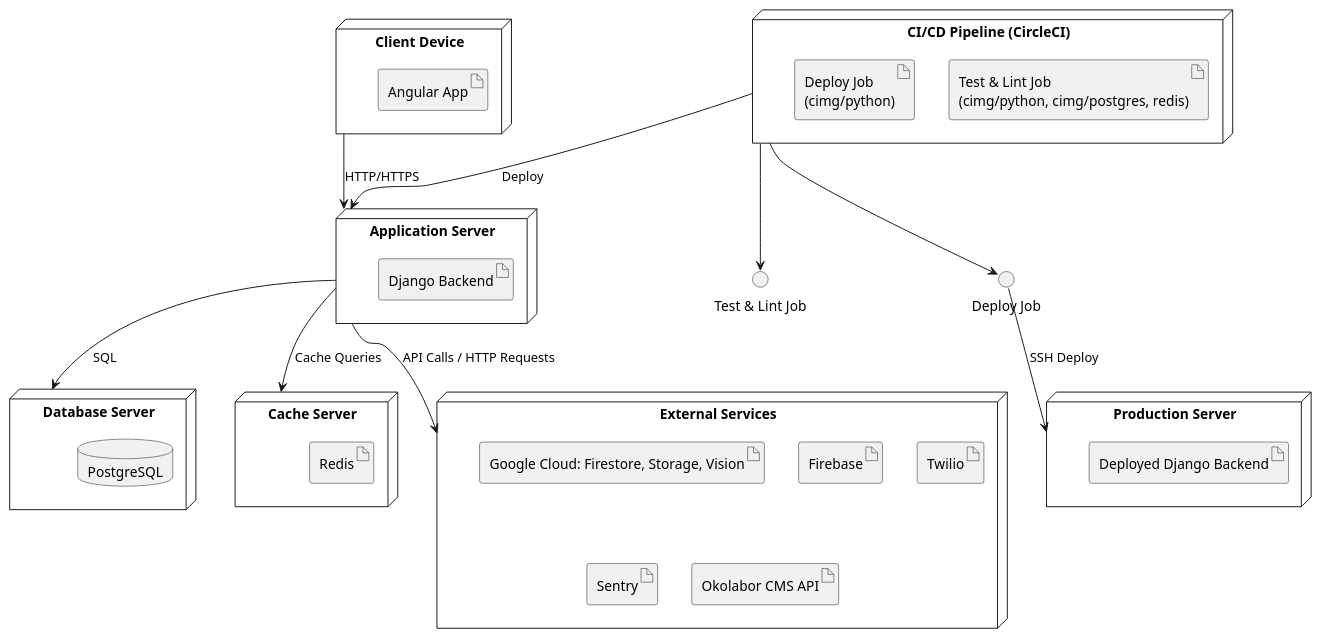
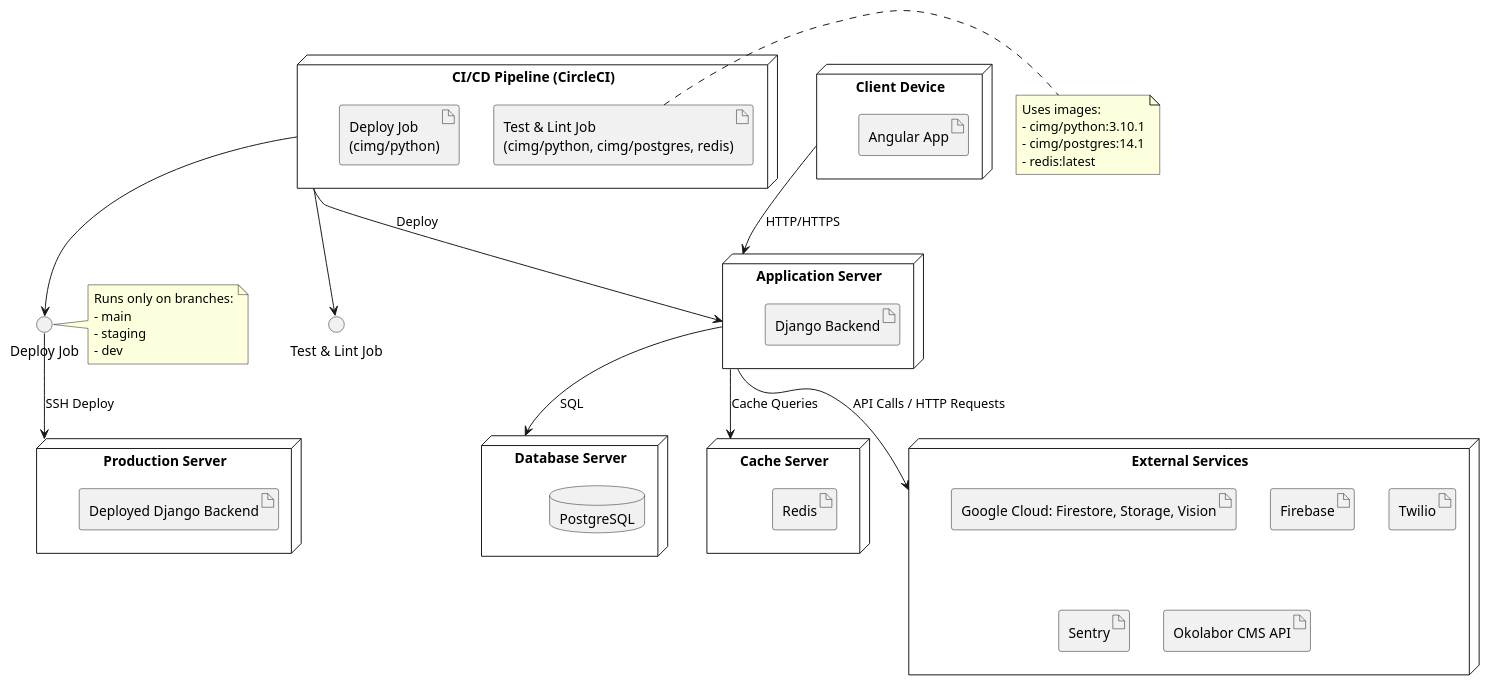
Before and after one commit to estherauma/okolabor: the diagram in docs/deployment.puml, drawn with PlantUML.

Commit message:
Add notes to Deploy Job and Test & Lint Job artifacts

```diff
--- a/docs/deployment.puml
+++ b/docs/deployment.puml
@@ -1,49 +1,64 @@
 @startuml
 ' Nodes / Servers
 node "Client Device" {
     artifact "Angular App"
 }
 
 node "Application Server" {
     artifact "Django Backend"
 }
 
 node "Database Server" {
     database "PostgreSQL"
 }
 
 node "Cache Server" {
     artifact "Redis"
 }
 
 node "External Services" {
     artifact "Google Cloud: Firestore, Storage, Vision"
     artifact "Firebase"
     artifact "Twilio"
     artifact "Sentry"
     artifact "Okolabor CMS API"
 }
 
 node "CI/CD Pipeline (CircleCI)" {
     artifact "Test & Lint Job\n(cimg/python, cimg/postgres, redis)"
     artifact "Deploy Job\n(cimg/python)"
 }
 
 node "Production Server" {
     artifact "Deployed Django Backend"
 }
 
 ' Connections
 "Client Device" --> "Application Server" : HTTP/HTTPS
 "Application Server" --> "Database Server" : SQL
 "Application Server" --> "Cache Server" : Cache Queries
 "Application Server" --> "External Services" : API Calls / HTTP Requests
 
 ' CI/CD connections
 "CI/CD Pipeline (CircleCI)" --> "Application Server" : Deploy
 "CI/CD Pipeline (CircleCI)" --> "Test & Lint Job" 
 "CI/CD Pipeline (CircleCI)" --> "Deploy Job"
 
 
 "Deploy Job" --> "Production Server" : SSH Deploy
+
+note right of "Deploy Job"
+  Runs only on branches:
+  - main
+  - staging
+  - dev
+end note
+
+note right of "Test & Lint Job\n(cimg/python, cimg/postgres, redis)"
+  Uses images:
+  - cimg/python:3.10.1
+  - cimg/postgres:14.1
+  - redis:latest
+end note
+
 @enduml
```
